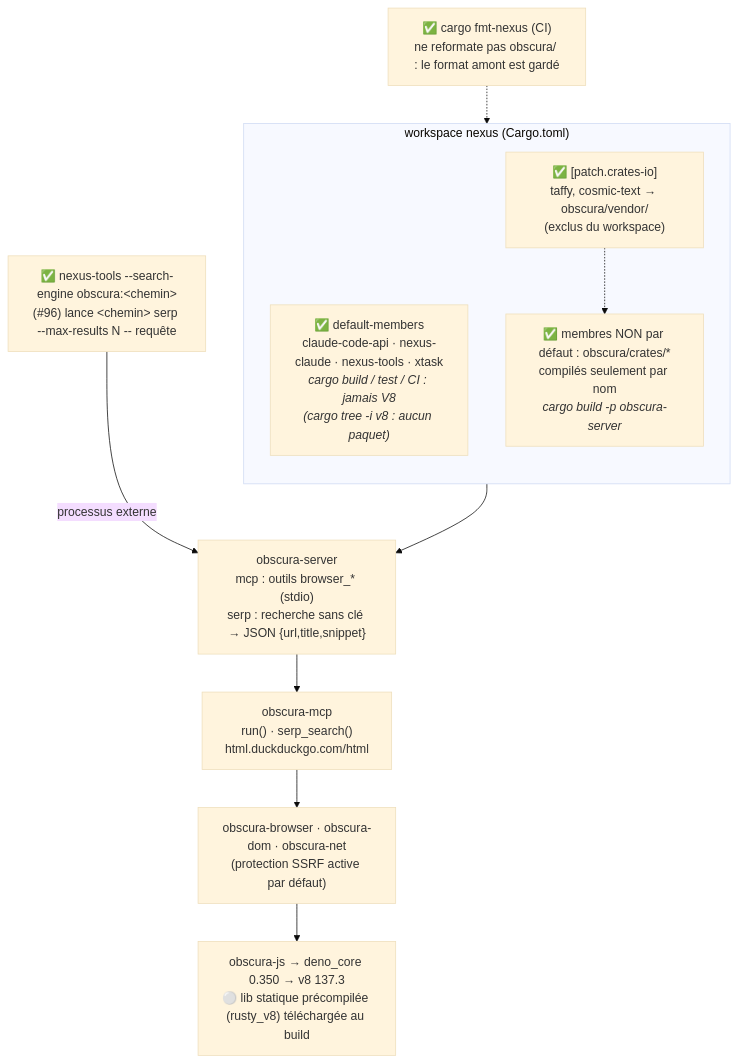
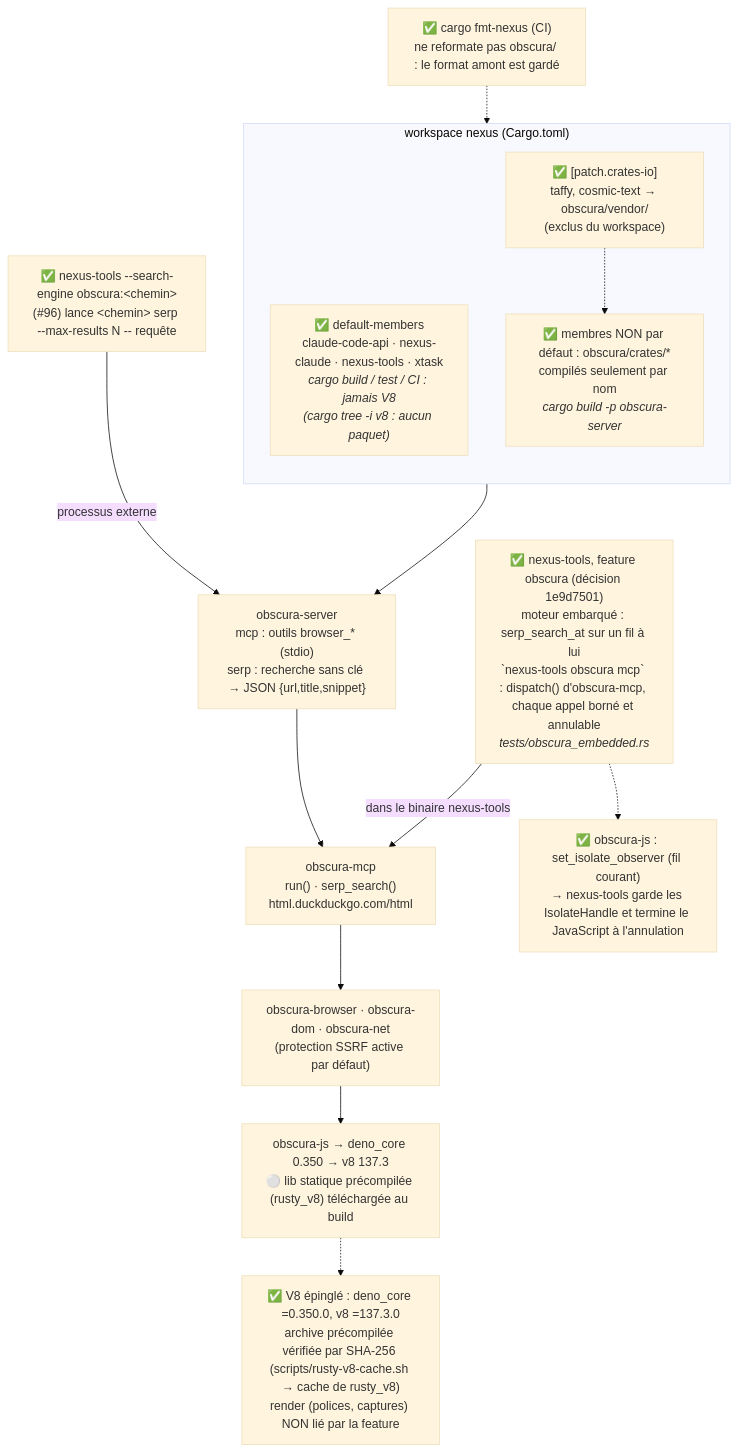
One commit to this-rs/nexus changed the diagram in docs/diagrams/nexus-obscura.mmd. Above: the diagram before and after it, drawn with Mermaid (base theme). The commit also changed 45 other files, not shown here.

First line of the commit message:
feat(nexus-tools): `obscura` feature — keyless search and browser embedded, in process

```diff
--- a/docs/diagrams/nexus-obscura.mmd
+++ b/docs/diagrams/nexus-obscura.mmd
@@ -1,34 +1,42 @@
 %% name: nexus-obscura
 %% covers: obscura/crates/**, obscura/vendor/**
 %% verified: 2026-10-12
 %% ---
 %% PROUVE : comment le fork d'Obscura (Apache-2.0, obscura/NOTICE) est rangé dans le workspace
 %%   nexus, ce qui le compile et ce qui ne le compile pas.
 %% SOURCES LUES : Cargo.toml (members, default-members, exclude, [patch.crates-io]),
 %%   obscura/crates/obscura-server/src/main.rs (mcp, serp), obscura/crates/obscura-mcp/src/lib.rs
 %%   (run, serp_search), obscura/crates/obscura-js/Cargo.toml (deno_core -> v8),
-%%   nexus-tools/src/search/obscura.rs (moteur externe obscura:<chemin>).
-%% NON ETABLI : le comportement du navigateur lui-même (code amont, ses propres tests) ; aucun test
-%%   nexus n'exécute Obscura en CI à ce stade.
+%%   nexus-tools/src/search/obscura.rs (moteur externe obscura:<chemin>), nexus-tools/src/obscura.rs et
+%%   search/obscura_embedded.rs (feature obscura), obscura-js/src/runtime.rs (set_isolate_observer).
+%% NON ETABLI : le comportement du navigateur lui-même au-delà de ses propres tests (le job CI
+%%   `obscura` les lance, Linux) ; les cibles de release autres que macOS arm64 et Linux x64.
 %% LEGENDE : ✅ vérifié (commande nommée)  🟠 décidé, non écrit  ⚪ hors de ce dépôt
 flowchart TD
     subgraph ws["workspace nexus (Cargo.toml)"]
         direction TB
         defaults["✅ default-members<br/>claude-code-api · nexus-claude · nexus-tools · xtask<br/><i>cargo build / test / CI : jamais V8<br/>(cargo tree -i v8 : aucun paquet)</i>"]
         obs["✅ membres NON par défaut : obscura/crates/*<br/>compilés seulement par nom<br/><i>cargo build -p obscura-server</i>"]
         patch["✅ [patch.crates-io]<br/>taffy, cosmic-text → obscura/vendor/<br/>(exclus du workspace)"]
     end
 
     server["obscura-server<br/>mcp : outils browser_* (stdio)<br/>serp : recherche sans clé → JSON {url,title,snippet}"]
     mcp["obscura-mcp<br/>run() · serp_search()<br/>html.duckduckgo.com/html"]
     browser["obscura-browser · obscura-dom · obscura-net<br/>(protection SSRF active par défaut)"]
     js["obscura-js → deno_core 0.350 → v8 137.3<br/>⚪ lib statique précompilée (rusty_v8) téléchargée au build"]
 
     obs --> server --> mcp --> browser --> js
     patch -.-> obs
 
     ext["✅ nexus-tools --search-engine obscura:&lt;chemin&gt;<br/>(#96) lance &lt;chemin&gt; serp --max-results N -- requête"]
     ext -->|"processus externe"| server
 
+    feat["✅ nexus-tools, feature obscura (décision 1e9d7501)<br/>moteur embarqué : serp_search_at sur un fil à lui<br/>`nexus-tools obscura mcp` : dispatch() d'obscura-mcp, chaque appel borné et annulable<br/><i>tests/obscura_embedded.rs</i>"]
+    feat -->|"dans le binaire nexus-tools"| mcp
+    obs_observer["✅ obscura-js : set_isolate_observer (fil courant)<br/>→ nexus-tools garde les IsolateHandle et termine le JavaScript à l'annulation"]
+    feat -.-> obs_observer
+    pin["✅ V8 épinglé : deno_core =0.350.0, v8 =137.3.0<br/>archive précompilée vérifiée par SHA-256 (scripts/rusty-v8-cache.sh → cache de rusty_v8)<br/>render (polices, captures) NON lié par la feature"]
+    js -.-> pin
+
     fmt["✅ cargo fmt-nexus (CI)<br/>ne reformate pas obscura/ : le format amont est gardé"]
     fmt -.-> defaults
```
